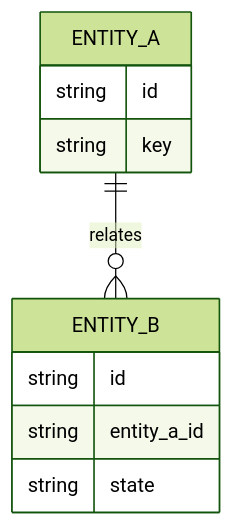
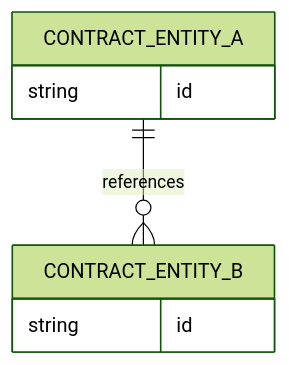
The diagram in .qfai/assistant/skills/qfai-sdd/templates/specs/_policies/05_Contracts.md (aganesy/QFAI), drawn with Mermaid (forest theme) before and after one commit. The commit also changed 5 other files, not shown here.

````diff
--- a/.qfai/assistant/skills/qfai-sdd/templates/specs/_policies/05_Contracts.md
+++ b/.qfai/assistant/skills/qfai-sdd/templates/specs/_policies/05_Contracts.md
@@ -56,13 +56,11 @@
 ```mermaid
 erDiagram
-  ENTITY_A ||--o{ ENTITY_B : relates
-  ENTITY_A {
+  %% Placeholder only: replace with project-specific entities when contracts exist.
+  CONTRACT_ENTITY_A ||--o{ CONTRACT_ENTITY_B : references
+  CONTRACT_ENTITY_A {
     string id
-    string key
   }
-  ENTITY_B {
+  CONTRACT_ENTITY_B {
     string id
-    string entity_a_id
-    string state
   }
 ```
````
